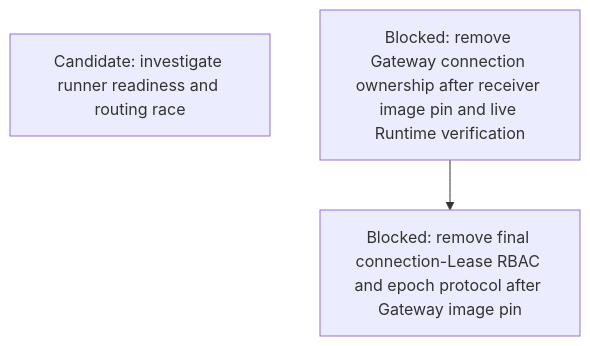
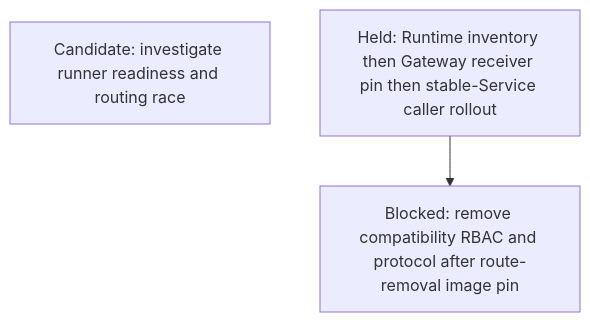
One commit to agentydragon/ducktape changed diagram 15 of 21 in agentplane/plans/task_dag.md. Above: the diagram before and after it, drawn with Mermaid. The commit also changed other lines of this file and 23 other files, not shown here.

````diff
--- a/agentplane/plans/task_dag.md
+++ b/agentplane/plans/task_dag.md
@@ -2432,7 +2432,7 @@
 ```mermaid
 flowchart TD
     RUNNER_OBSERVATION_READINESS_RACE[Candidate: investigate runner readiness and routing race]
-    RUNNER_GATEWAY_CONNECTION_LEASE_REMOVAL[Blocked: remove Gateway connection ownership after receiver image pin and live Runtime verification]
-    RUNNER_CONNECTION_LEASE_CLEANUP[Blocked: remove final connection-Lease RBAC and epoch protocol after Gateway image pin]
-    RUNNER_GATEWAY_CONNECTION_LEASE_REMOVAL --> RUNNER_CONNECTION_LEASE_CLEANUP
+    RUNNER_GATEWAY_CUTOVER_ROLLOUT[Held: Runtime inventory then Gateway receiver pin then stable-Service caller rollout]
+    RUNNER_CONNECTION_LEASE_CLEANUP[Blocked: remove compatibility RBAC and protocol after route-removal image pin]
+    RUNNER_GATEWAY_CUTOVER_ROLLOUT --> RUNNER_CONNECTION_LEASE_CLEANUP
 ```
````
